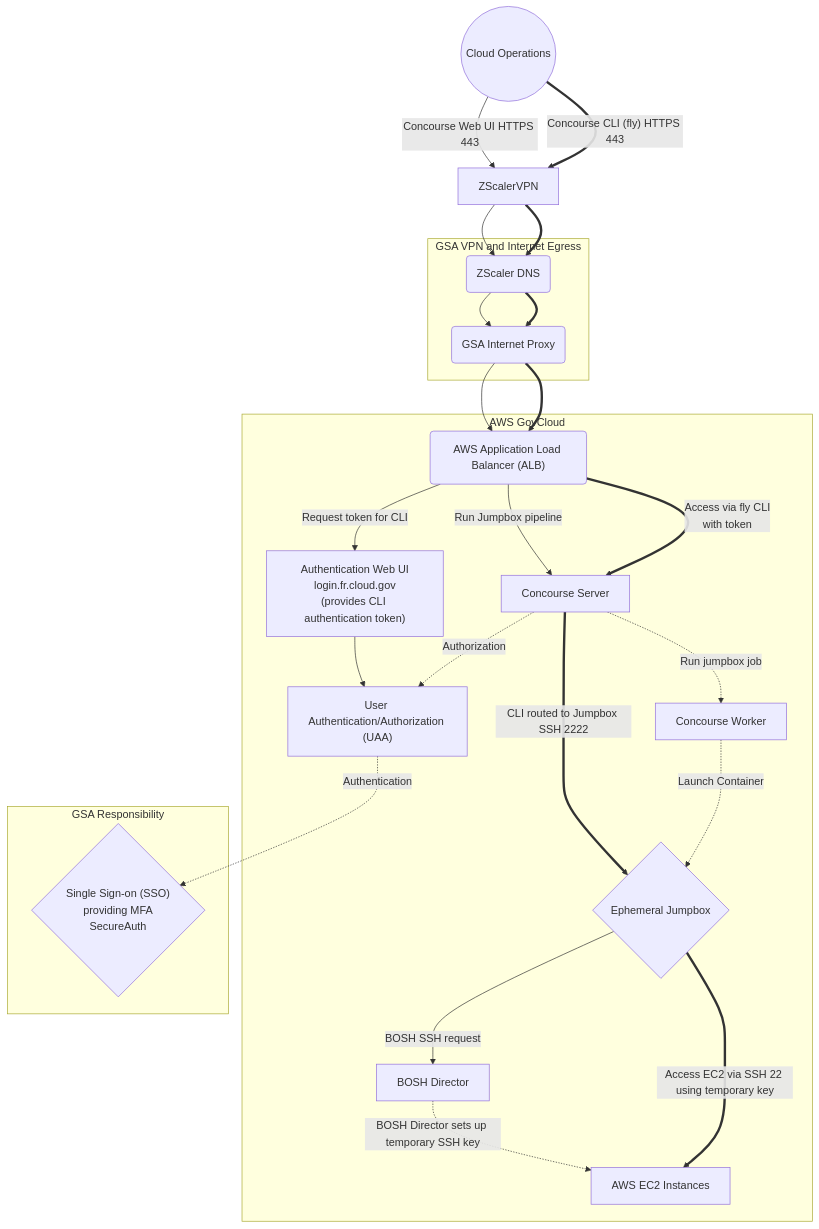
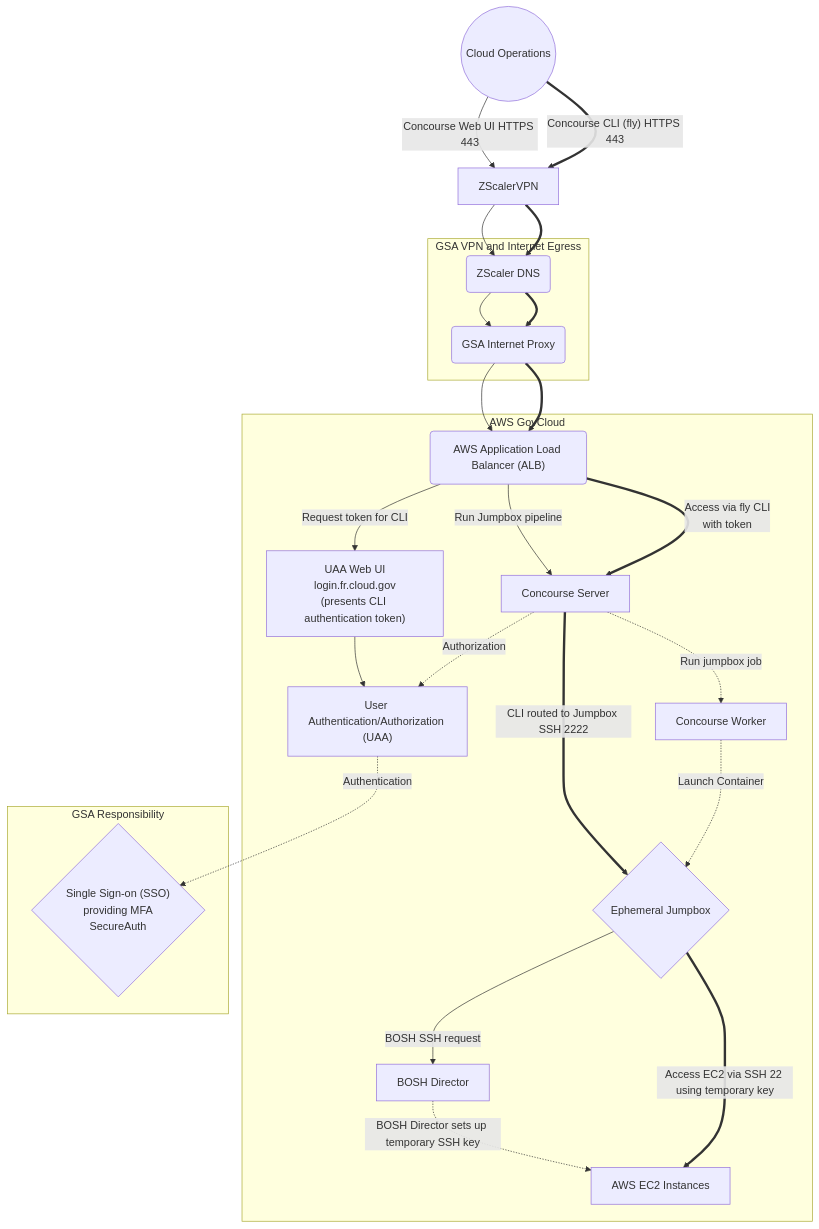
One commit to cloud-gov/system-diagrams changed the diagram in source/diagrams/10-4.2-jumpbox.mmd. Above: the diagram before and after it, drawn with Mermaid.

Commit message:
clarified web UI for token

```diff
--- a/source/diagrams/10-4.2-jumpbox.mmd
+++ b/source/diagrams/10-4.2-jumpbox.mmd
@@ -1,37 +1,37 @@
 %% title: 10-4.2 Jumpbox Data Flow
 %% description: Section 10 - System Environment - Figure 10-4.2 Jumpbox Data Flow
 graph TD
 
   subgraph AWS GovCloud
     UAA["User Authentication/Authorization (UAA)"]
     concourse["Concourse Server"]
     worker[Concourse Worker]
     Jumpbox{Ephemeral Jumpbox}
     BOSH[BOSH Director]
     EC2[AWS EC2 Instances]
     ALB("AWS Application Load Balancer (ALB)")
-    login["Authentication Web UI<br>login.fr.cloud.gov<br>(provides CLI authentication token)"]
+    opsuaaweb["UAA Web UI<br>login.fr.cloud.gov<br>(presents CLI authentication token)"]
   end
   subgraph GSA Responsibility
     SAML{"Single Sign-on (SSO)<br>providing MFA<br>SecureAuth"}
   end
   subgraph GSA VPN and Internet Egress
     ZScalerDNS("ZScaler DNS")
     GSAProxy("GSA Internet Proxy")
   end
 
   Ops((Cloud Operations))
 
   Ops--"Concourse Web UI HTTPS 443"-->ZScalerVPN-->ZScalerDNS-->GSAProxy-->ALB
   Ops=="Concourse CLI (fly) HTTPS 443"==>ZScalerVPN==>ZScalerDNS==>GSAProxy==>ALB
   ALB--Run Jumpbox pipeline-->concourse
   ALB==Access via fly CLI<br>with token==>concourse
   concourse==CLI routed to Jumpbox SSH 2222==>Jumpbox
-  ALB--Request token for CLI-->login-->UAA
+  ALB--Request token for CLI-->opsuaaweb-->UAA
   UAA-.Authentication.->SAML
   concourse-.Authorization.->UAA
   concourse-.Run jumpbox job.->worker
   worker-.Launch Container.->Jumpbox
   Jumpbox--BOSH SSH request-->BOSH
   BOSH-.BOSH Director sets up temporary SSH key.->EC2
   Jumpbox==Access EC2 via SSH 22 using temporary key==>EC2
```
